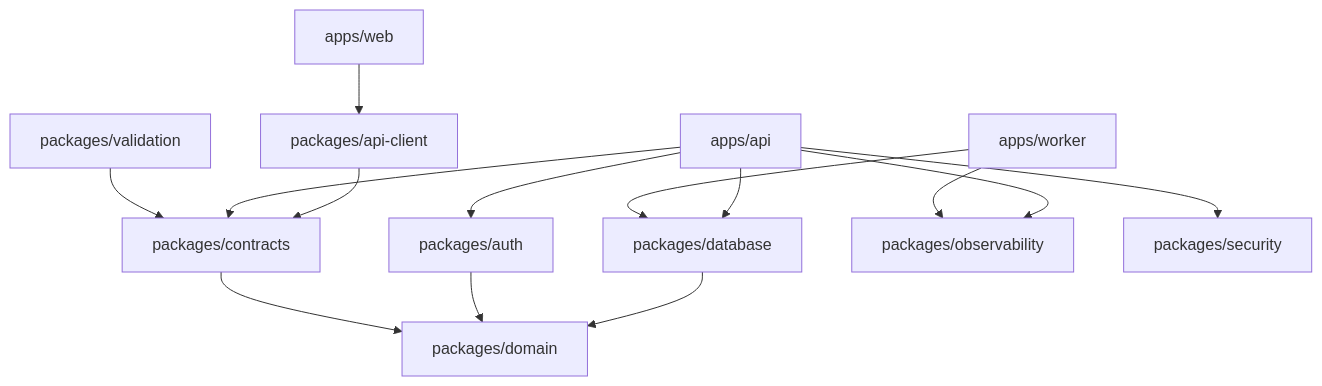
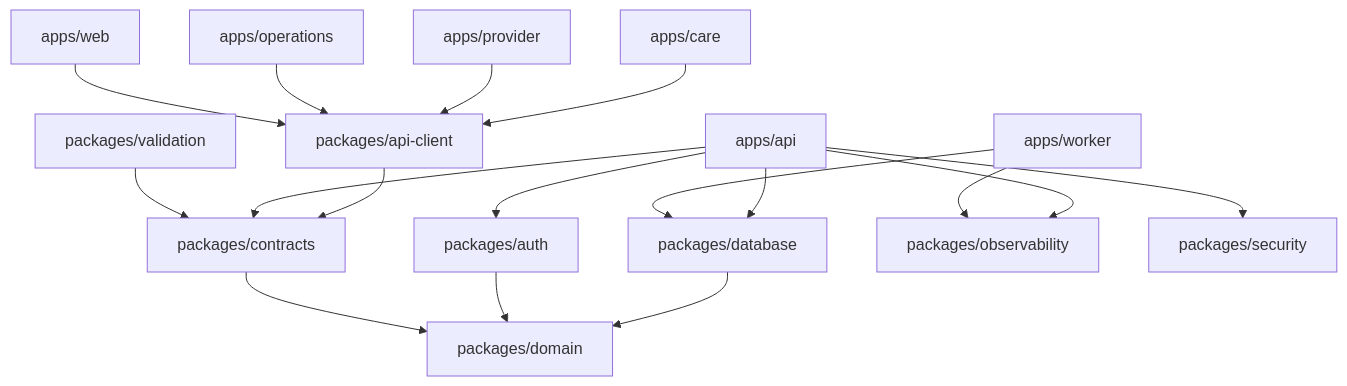
One commit to khiemnd777/dental-trust changed the second of 2 diagrams in docs/ARCHITECTURE.md. Above: the diagram before and after it, drawn with Mermaid. The commit also changed other lines of this file and 165 other files, not shown here.

````diff
--- a/docs/ARCHITECTURE.md
+++ b/docs/ARCHITECTURE.md
@@ -51,16 +61,19 @@
 ```mermaid
 flowchart TD
-  Web["apps/web"] --> Client["packages/api-client"]
+  Care["apps/care"] --> Client["packages/api-client"]
+  Provider["apps/provider"] --> Client
+  Operations["apps/operations"] --> Client
+  Gateway["apps/web"] --> Client
   Client --> Contracts["packages/contracts"]
   API["apps/api"] --> Contracts
   API --> Auth["packages/auth"]
   API --> DB["packages/database"]
   API --> Obs["packages/observability"]
   API --> Sec["packages/security"]
   Worker["apps/worker"] --> DB
   Worker --> Obs
   DB --> Domain["packages/domain"]
   Auth --> Domain
   Contracts --> Domain
   Validation["packages/validation"] --> Contracts
 ```
````
